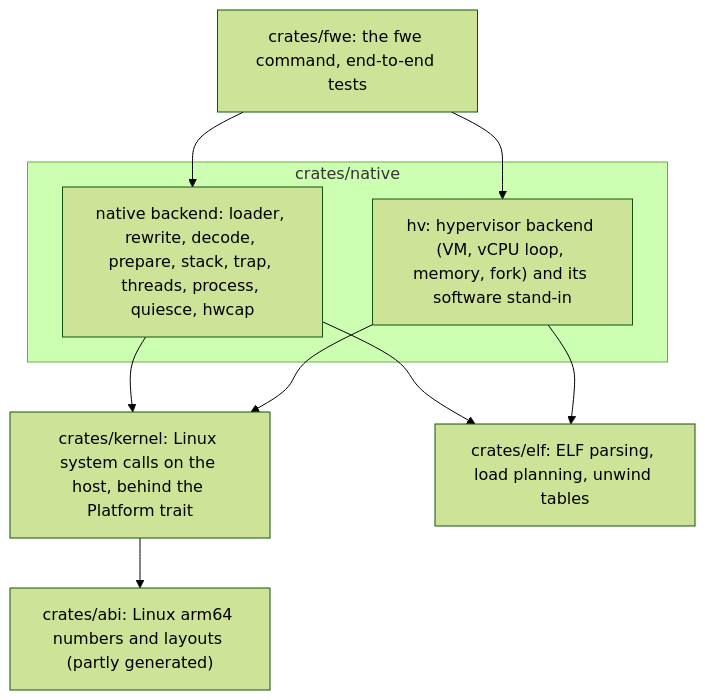
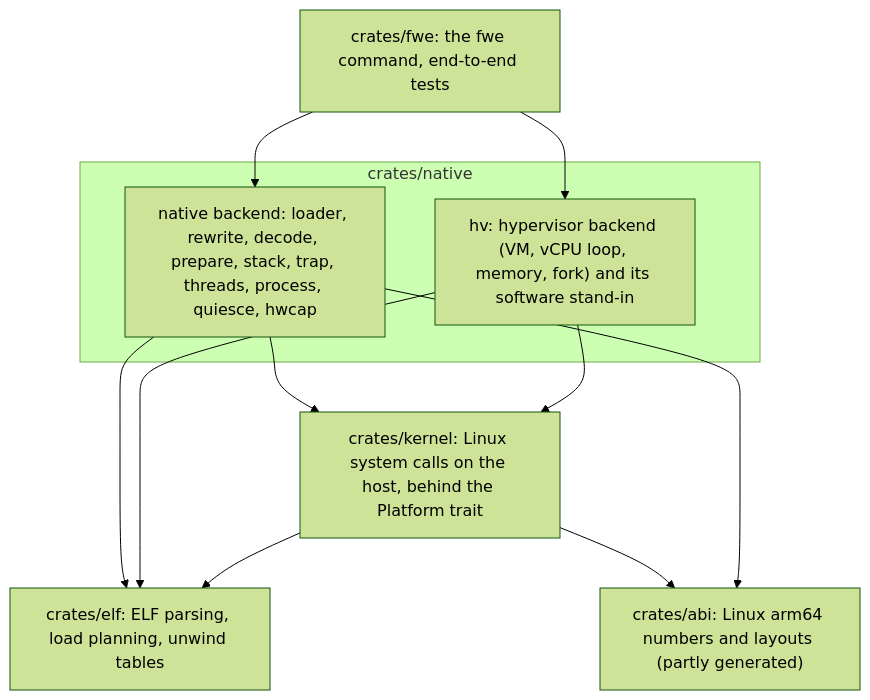
One commit to e6qu/fun-with-emulators changed the diagram in docs/architecture.md. Above: the diagram before and after it, drawn with Mermaid (forest theme). The commit also changed other lines of this file, not shown here.

Commit message:
docs: fix the crate graph and complete the /proc lists

````diff
--- a/docs/architecture.md
+++ b/docs/architecture.md
@@ -10,18 +10,20 @@
 ```mermaid
 flowchart TD
     fwe["crates/fwe: the fwe command, end-to-end tests"]
     subgraph native["crates/native"]
         nb["native backend: loader, rewrite, decode, prepare, stack, trap, threads, process, quiesce, hwcap"]
         hv["hv: hypervisor backend (VM, vCPU loop, memory, fork) and its software stand-in"]
     end
     kernel["crates/kernel: Linux system calls on the host, behind the Platform trait"]
     elf["crates/elf: ELF parsing, load planning, unwind tables"]
     abi["crates/abi: Linux arm64 numbers and layouts (partly generated)"]
     fwe --> nb
     fwe --> hv
     nb --> kernel
     hv --> kernel
     nb --> elf
     hv --> elf
+    kernel --> elf
     kernel --> abi
+    nb --> abi
 ```
````
